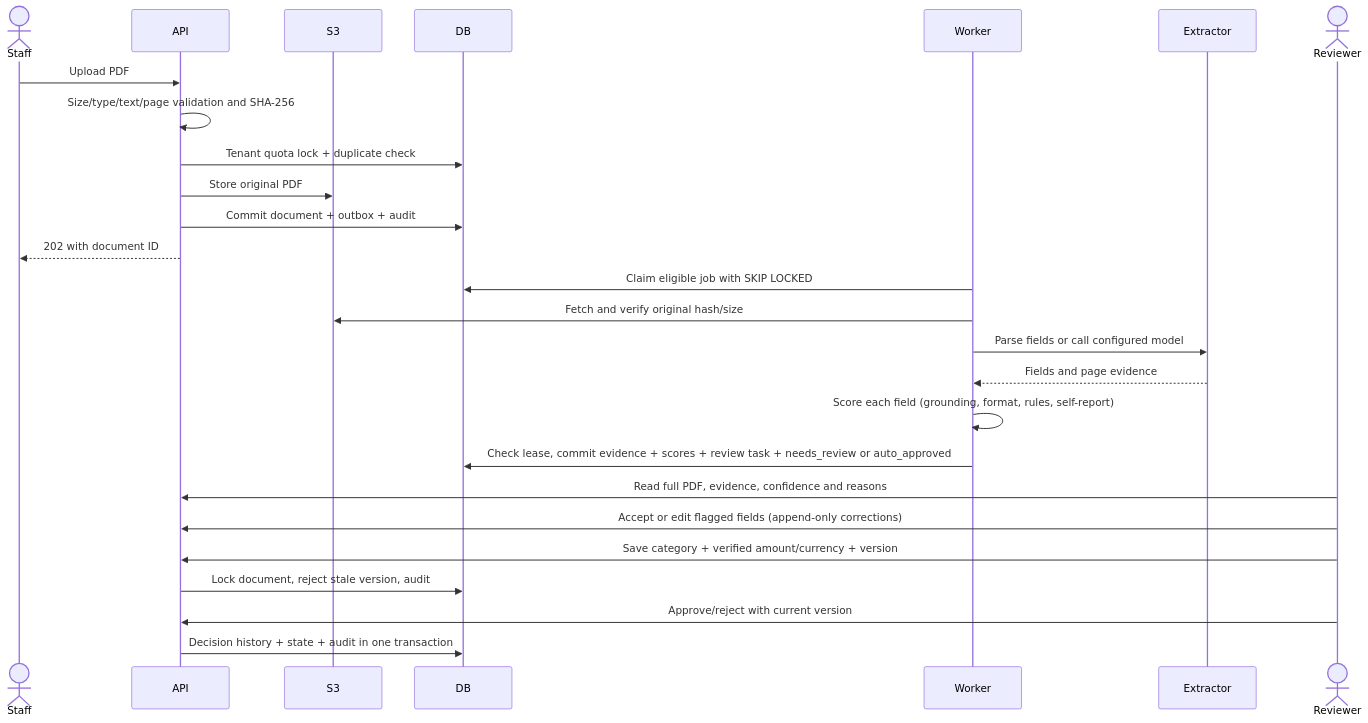
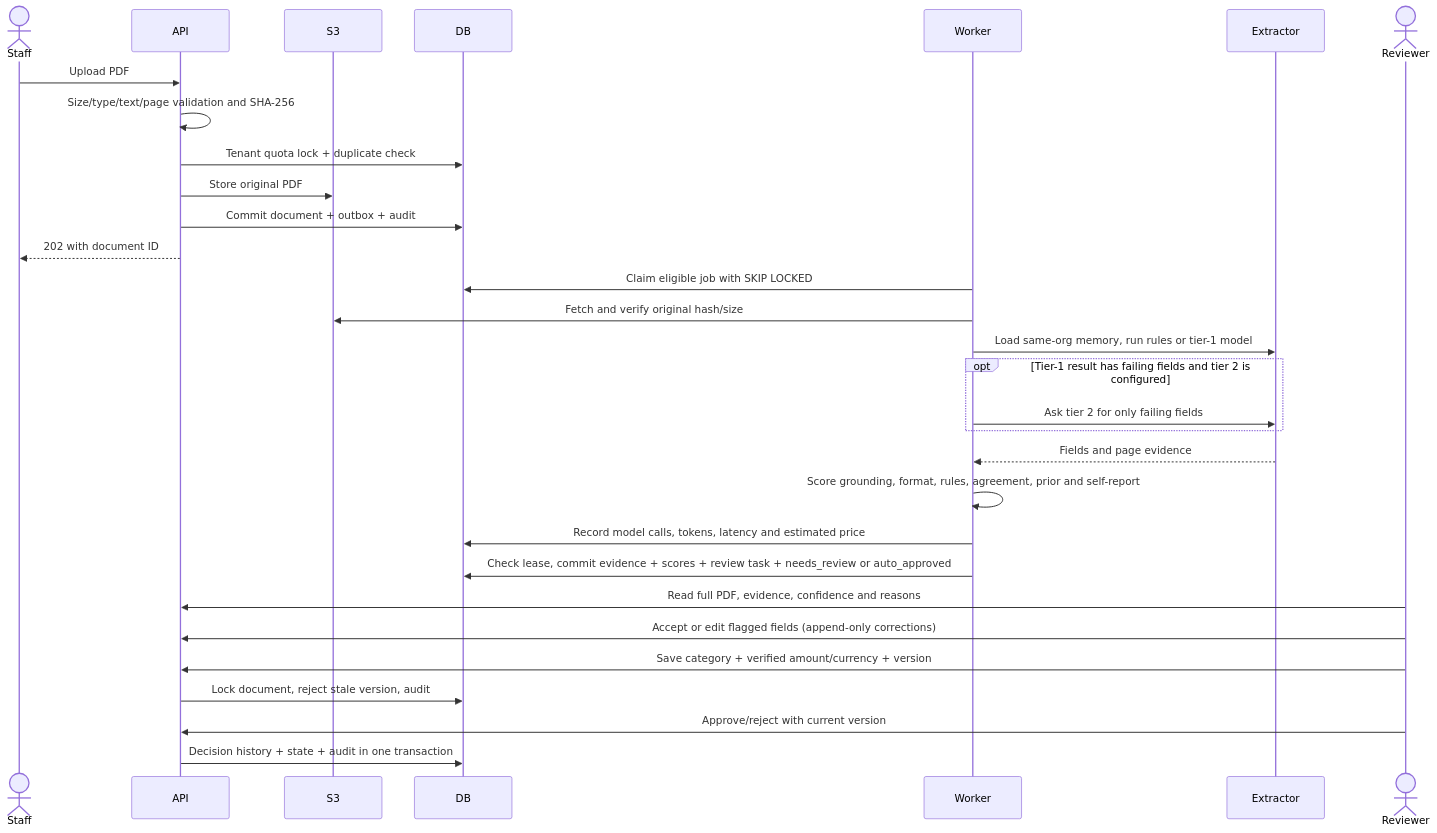
Before and after one commit to Abhinavsuri90/opspilot: the fifth of 7 diagrams in SYSTEM_DESIGN.md, drawn with Mermaid. The commit also changed other lines of this file and 8 other files, not shown here.

Commit message:
feat(dev): seed realistic local workspaces and verify flow in CI

````diff
--- a/SYSTEM_DESIGN.md
+++ b/SYSTEM_DESIGN.md
@@ -255,28 +265,32 @@
 ```mermaid
 sequenceDiagram
     actor Staff
     participant API
     participant S3
     participant DB
     participant Worker
     participant Extractor
     actor Reviewer
     Staff->>API: Upload PDF
     API->>API: Size/type/text/page validation and SHA-256
     API->>DB: Tenant quota lock + duplicate check
     API->>S3: Store original PDF
     API->>DB: Commit document + outbox + audit
     API-->>Staff: 202 with document ID
     Worker->>DB: Claim eligible job with SKIP LOCKED
     Worker->>S3: Fetch and verify original hash/size
-    Worker->>Extractor: Parse fields or call configured model
+    Worker->>Extractor: Load same-org memory, run rules or tier-1 model
+    opt Tier-1 result has failing fields and tier 2 is configured
+        Worker->>Extractor: Ask tier 2 for only failing fields
+    end
     Extractor-->>Worker: Fields and page evidence
-    Worker->>Worker: Score each field (grounding, format, rules, self-report)
+    Worker->>Worker: Score grounding, format, rules, agreement, prior and self-report
+    Worker->>DB: Record model calls, tokens, latency and estimated price
     Worker->>DB: Check lease, commit evidence + scores + review task + needs_review or auto_approved
     Reviewer->>API: Read full PDF, evidence, confidence and reasons
     Reviewer->>API: Accept or edit flagged fields (append-only corrections)
     Reviewer->>API: Save category + verified amount/currency + version
     API->>DB: Lock document, reject stale version, audit
     Reviewer->>API: Approve/reject with current version
     API->>DB: Decision history + state + audit in one transaction
 ```
````
